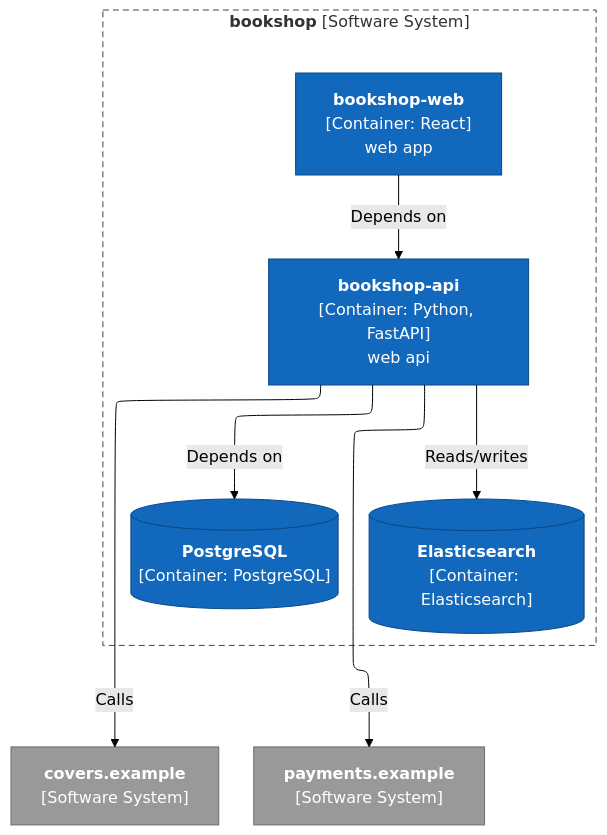
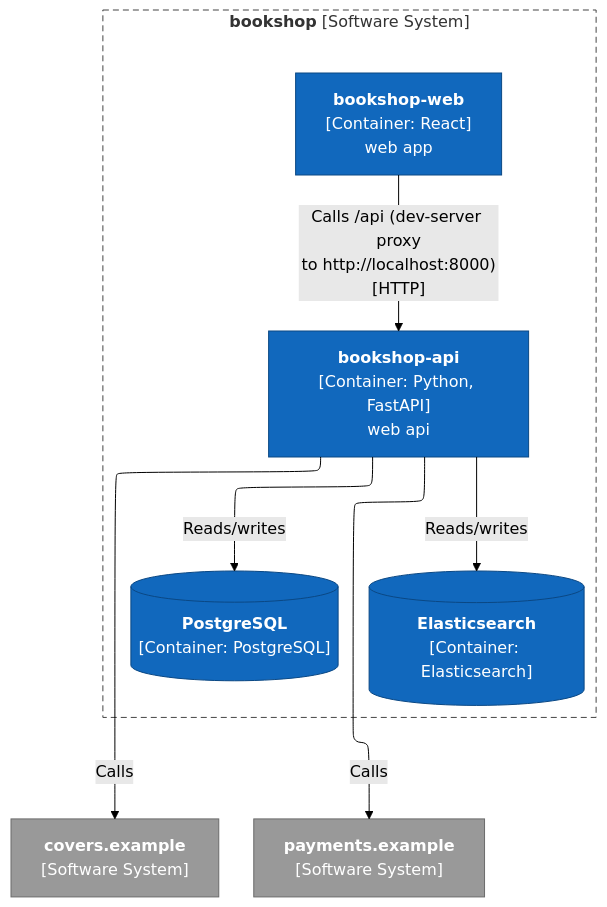
Before and after one commit to ythalorossy/architecture-skills: the first of 5 diagrams in tests/golden/bookshop/output/ArchitectureReport.md, drawn with Mermaid (forest theme). The commit also changed 3 other files, not shown here.

First line of the commit message:
fix(diagrams): edge labels use the most specific evidence, not the first record

````diff
--- a/tests/golden/bookshop/output/ArchitectureReport.md
+++ b/tests/golden/bookshop/output/ArchitectureReport.md
@@ -29,37 +29,39 @@
 ```mermaid
 ---
 config:
   layout: elk
 ---
 flowchart TB
     subgraph boundary["`**bookshop** [Software System]`"]
         bookshop_api["`**bookshop-api**
 [Container: Python, FastAPI]
 web api`"]
         bookshop_web["`**bookshop-web**
 [Container: React]
 web app`"]
         db_elasticsearch[("`**Elasticsearch**
 [Container: Elasticsearch]`")]
         db_postgresql[("`**PostgreSQL**
 [Container: PostgreSQL]`")]
     end
     ext_covers_example["`**covers.example**
 [Software System]`"]
     ext_payments_example["`**payments.example**
 [Software System]`"]
-    bookshop_api -->|"`Depends on`"| db_postgresql
-    bookshop_web -->|"`Depends on`"| bookshop_api
+    bookshop_api -->|"`Reads/writes`"| db_postgresql
+    bookshop_web -->|"`Calls /api (dev-server proxy
+to http://localhost:8000)
+[HTTP]`"| bookshop_api
     bookshop_api -->|"`Reads/writes`"| db_elasticsearch
     bookshop_api -->|"`Calls`"| ext_covers_example
     bookshop_api -->|"`Calls`"| ext_payments_example
     classDef person fill:#08427b,stroke:#052e56,color:#ffffff
     classDef container fill:#1168bd,stroke:#0b4884,color:#ffffff
     classDef system fill:#1168bd,stroke:#0b4884,color:#ffffff
     classDef component fill:#85bbf0,stroke:#5d82a8,color:#000000
     classDef external fill:#999999,stroke:#6b6b6b,color:#ffffff
     classDef shared fill:#dbe9f6,stroke:#5d82a8,color:#000000,stroke-dasharray:4 3
     class bookshop_api,bookshop_web,db_elasticsearch,db_postgresql container
     class ext_covers_example,ext_payments_example external
     style boundary fill:none,stroke:#444444,stroke-dasharray:6 4
 ```
````
